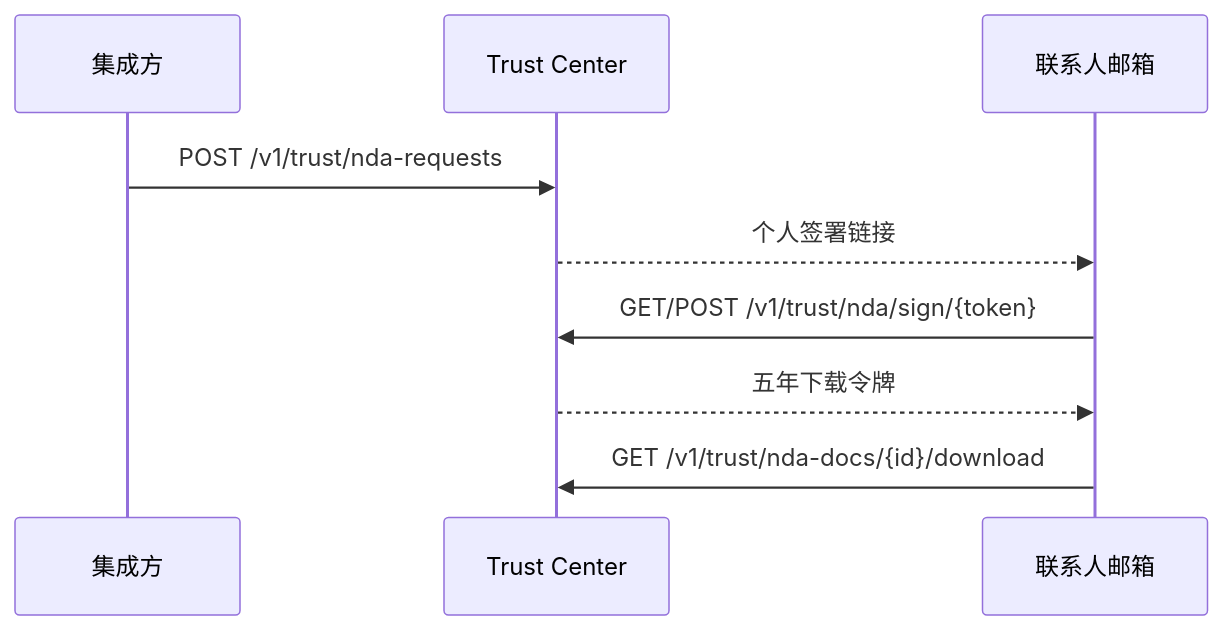
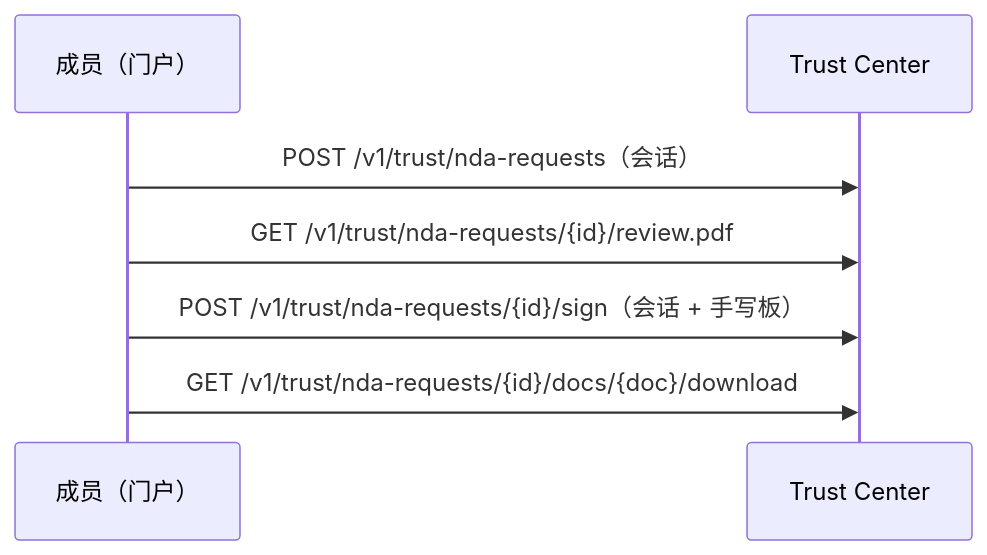
The diagram in zh/guides/trust-center-nda.mdx (CBpayapp/cbpay-docs), drawn with Mermaid before and after one commit. The commit also changed other lines of this file and 39 other files, not shown here.

````diff
--- a/zh/guides/trust-center-nda.mdx
+++ b/zh/guides/trust-center-nda.mdx
@@ -19,11 +19,9 @@
 ```mermaid
 sequenceDiagram
-  participant I as 集成方
+  participant M as 成员（门户）
   participant T as Trust Center
-  participant E as 联系人邮箱
-  I->>T: POST /v1/trust/nda-requests
-  T-->>E: 个人签署链接
-  E->>T: GET/POST /v1/trust/nda/sign/{token}
-  T-->>E: 五年下载令牌
-  E->>T: GET /v1/trust/nda-docs/{id}/download
+  M->>T: POST /v1/trust/nda-requests（会话）
+  M->>T: GET /v1/trust/nda-requests/{id}/review.pdf
+  M->>T: POST /v1/trust/nda-requests/{id}/sign（会话 + 手写板）
+  M->>T: GET /v1/trust/nda-requests/{id}/docs/{doc}/download
 ```
````
